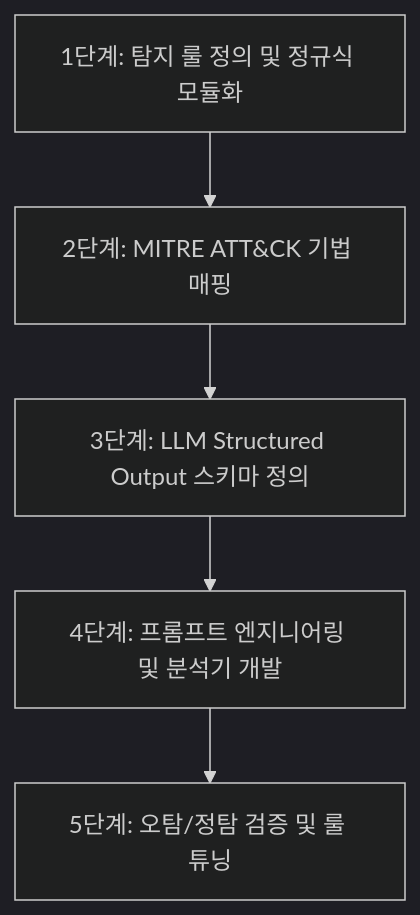
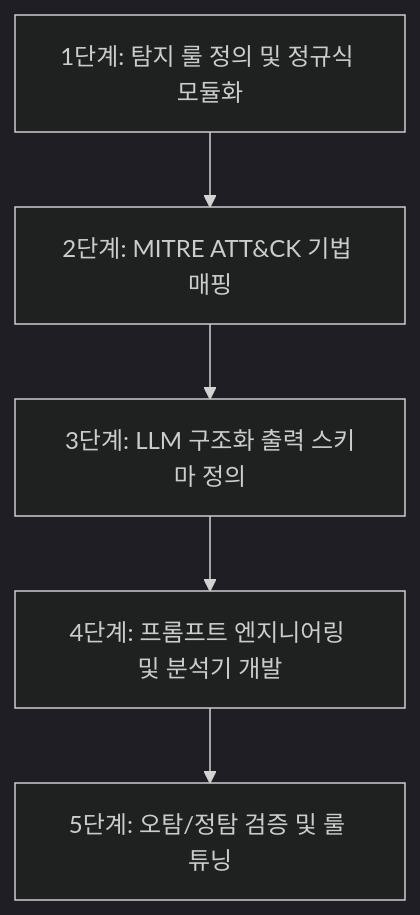
One commit to mmmphyun/aleph-project changed the diagram in docs/05_security_workflow.md. Above: the diagram before and after it, drawn with Mermaid (dark theme). The commit also changed other lines of this file and 13 other files, not shown here.

````diff
--- a/docs/05_security_workflow.md
+++ b/docs/05_security_workflow.md
@@ -10,7 +10,7 @@
 ```mermaid
 flowchart TD
     S1[1단계: 탐지 룰 정의 및 정규식 모듈화] --> S2[2단계: MITRE ATT&CK 기법 매핑]
-    S2 --> S3[3단계: LLM Structured Output 스키마 정의]
+    S2 --> S3[3단계: LLM 구조화 출력 스키마 정의]
     S3 --> S4[4단계: 프롬프트 엔지니어링 및 분석기 개발]
     S4 --> S5[5단계: 오탐/정탐 검증 및 룰 튜닝]
 ```
````
